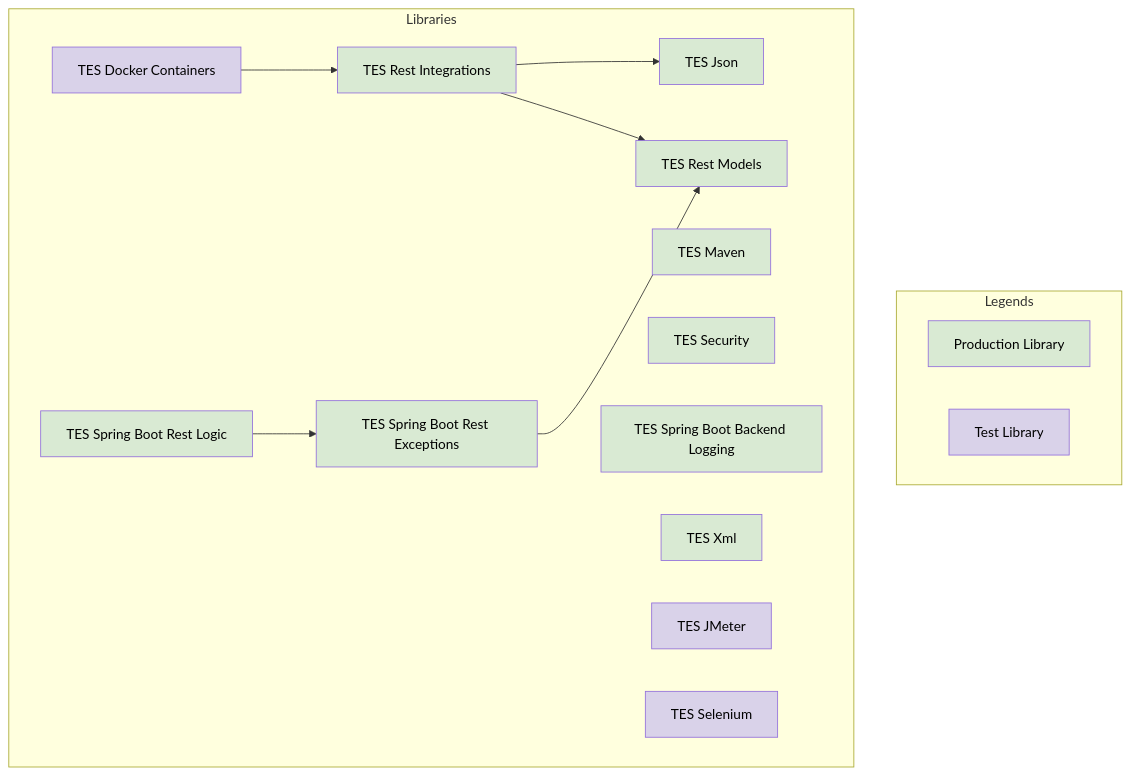
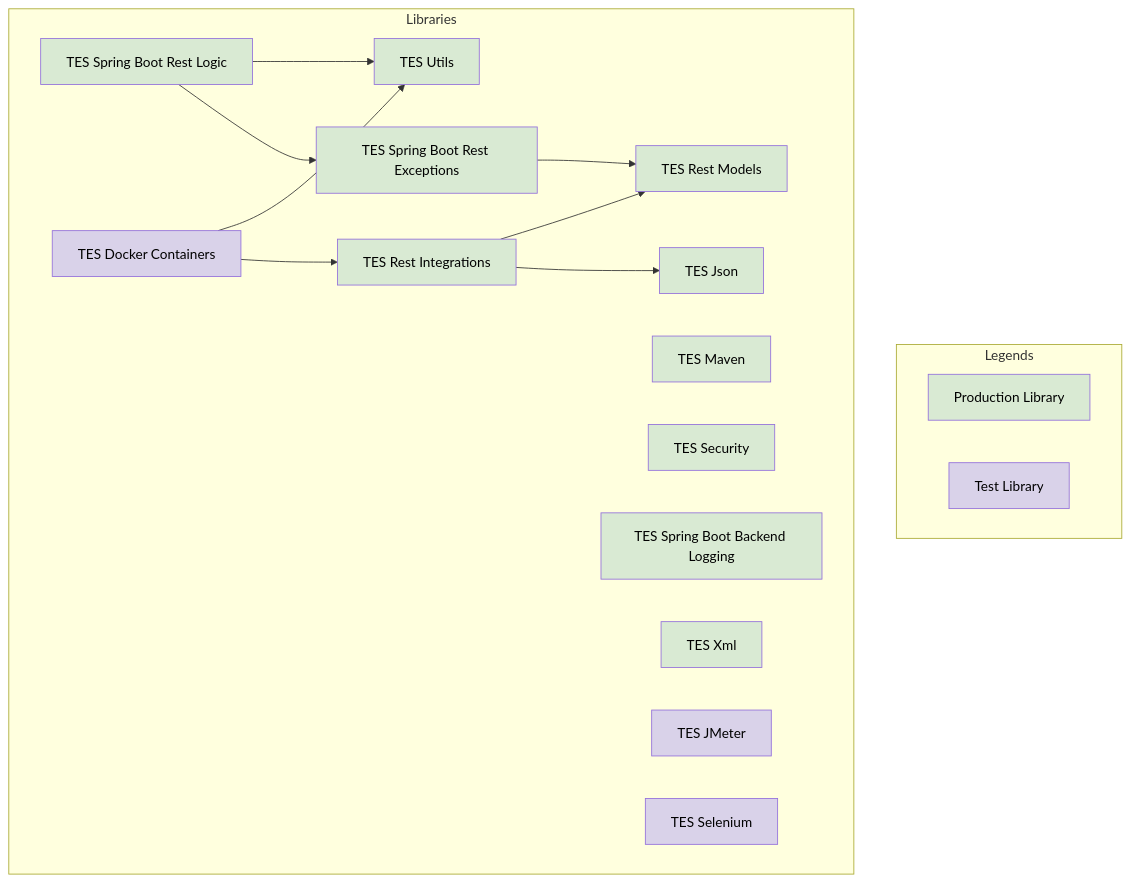
One commit to sunepoulsen/tes-foundation changed the diagram in doc/README.md. Above: the diagram before and after it, drawn with Mermaid. The commit also changed other lines of this file and 18 other files, not shown here.

Commit message:
TESENTLABS-27: Add `tes-utils` library.

````diff
--- a/doc/README.md
+++ b/doc/README.md
@@ -33,27 +34,30 @@
 ```mermaid
 flowchart
     subgraph "Legends"
         legProdLib["Production Library"]:::prodLibrary
         legTestLib["Test Library"]:::testLibrary
     end
 
     subgraph "Libraries"
         tesJson["TES Json"]:::prodLibrary
         tesMaven["TES Maven"]:::prodLibrary
+        tesUtils["TES Utils"]:::prodLibrary
         tesRestModels["TES Rest Models"]:::prodLibrary
         tesSecurity["TES Security"]:::prodLibrary
         tesSpringBootLogging["TES Spring Boot Backend Logging"]:::prodLibrary
         tesXml["TES Xml"]:::prodLibrary
         tesRestIntegrations["TES Rest Integrations"]:::prodLibrary --> tesJson
         tesRestIntegrations:::prodLibrary --> tesRestModels
         tesSpringBootRestExceptions["TES Spring Boot Rest Exceptions"]:::prodLibrary --> tesRestModels
         tesSpringBootRestLogic["TES Spring Boot Rest Logic"]:::prodLibrary --> tesSpringBootRestExceptions
+        tesSpringBootRestLogic --> tesUtils
 
         tesDockerContainers["TES Docker Containers"]:::testLibrary --> tesRestIntegrations
+        tesDockerContainers --> tesUtils
         tesJMeter["TES JMeter"]:::testLibrary
         tesSelenium["TES Selenium"]:::testLibrary
     end
 
     classDef prodLibrary fill:#d9ead3,color:#000
     classDef testLibrary fill:#d9d2e9,color:#000
 ```
````
